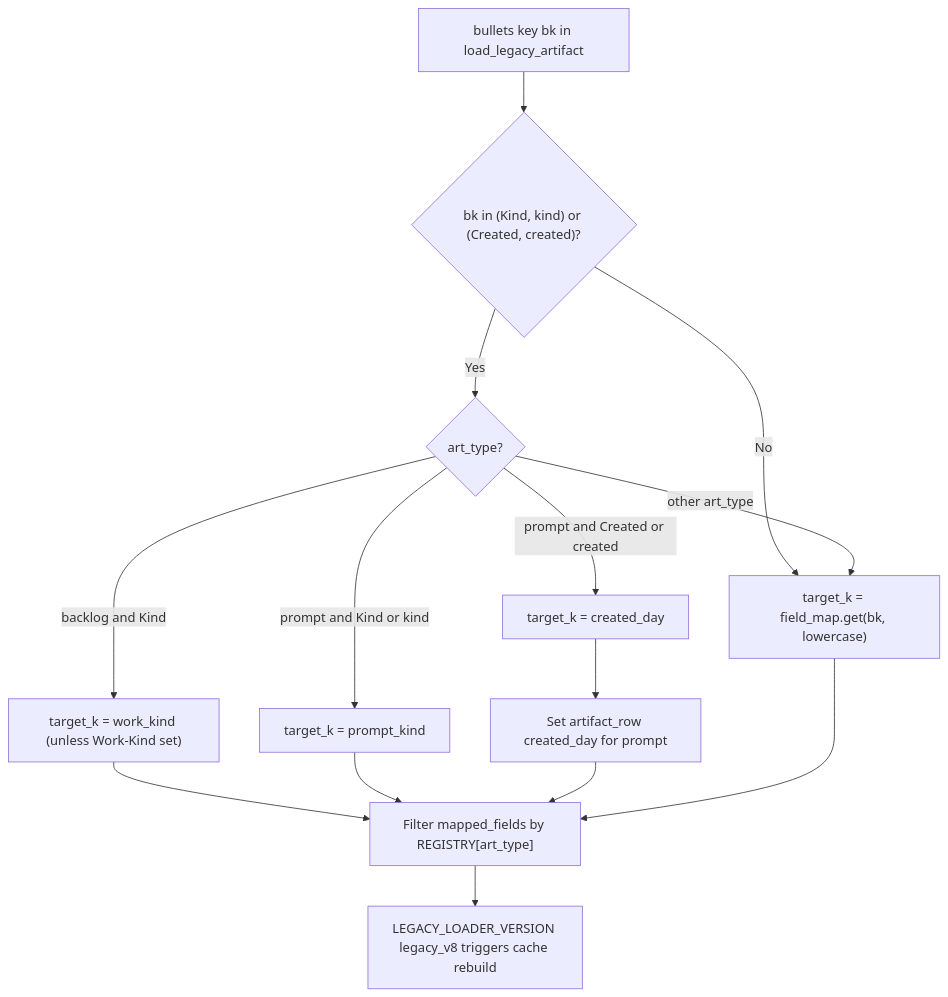
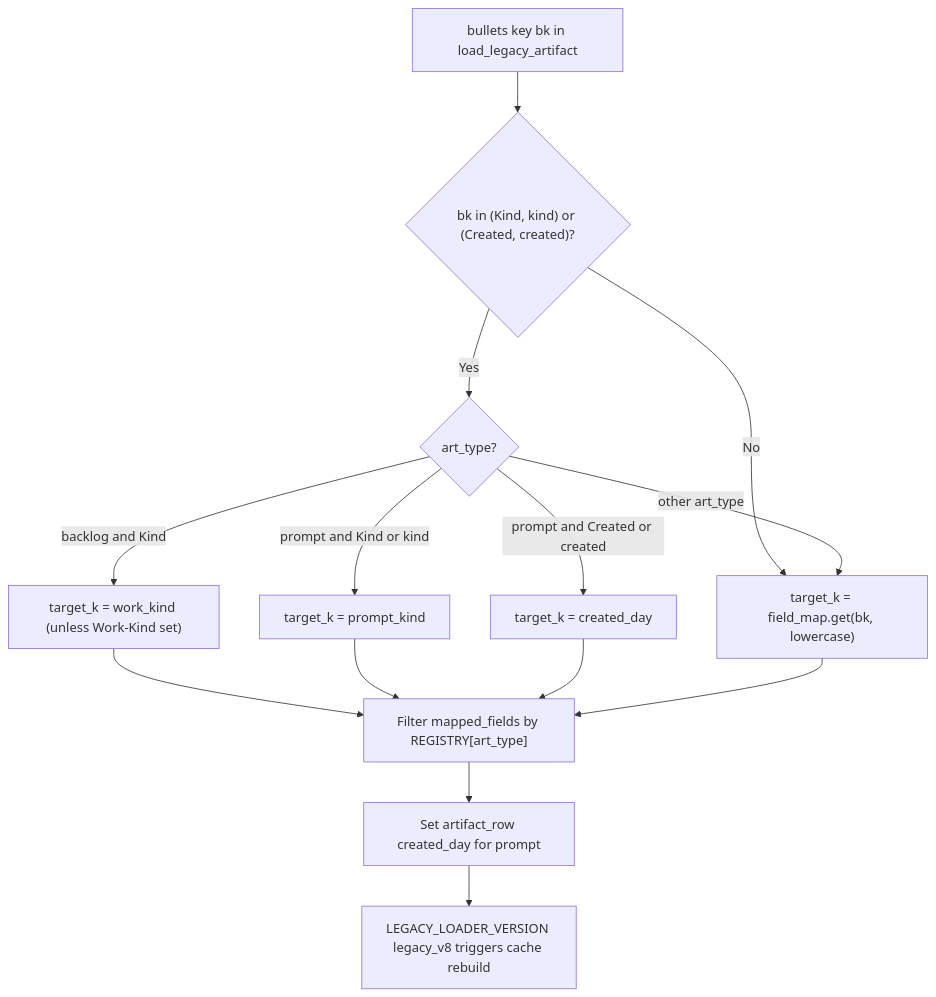
Before and after one commit to fariello/agent-workflows: the diagram in .aw/records/plans/pending/20261119-xxdzcq-01-acqenf-preserve-prompt-kind-and-created-day-in-artifact-meta-load-l.ipd.md, drawn with Mermaid. The commit also changed other lines of this file, not shown here.

Commit message:
plans(xxdzcq): verify and refine review-ready plan acqenf for backlog xxdzcq
AW-Run: run-20261119T154308Z-4175911
AW-Item: xxdzcq
AW-Runner: aw agy run

````diff
--- a/.aw/records/plans/pending/20261119-xxdzcq-01-acqenf-preserve-prompt-kind-and-created-day-in-artifact-meta-load-l.ipd.md
+++ b/.aw/records/plans/pending/20261119-xxdzcq-01-acqenf-preserve-prompt-kind-and-created-day-in-artifact-meta-load-l.ipd.md
@@ -91,16 +91,16 @@
 ```mermaid
 flowchart TD
     A["bullets key bk in load_legacy_artifact"] --> B{"bk in (Kind, kind) or (Created, created)?"}
     B -->|No| C["target_k = field_map.get(bk, lowercase)"]
     B -->|Yes| D{"art_type?"}
     D -->|backlog and Kind| E["target_k = work_kind (unless Work-Kind set)"]
     D -->|prompt and Kind or kind| F["target_k = prompt_kind"]
     D -->|prompt and Created or created| G["target_k = created_day"]
     D -->|other art_type| C
     E --> H["Filter mapped_fields by REGISTRY[art_type]"]
     F --> H
-    G --> I["Set artifact_row created_day for prompt"]
-    I --> H
+    G --> H
     C --> H
-    H --> J["LEGACY_LOADER_VERSION legacy_v8 triggers cache rebuild"]
+    H --> I["Set artifact_row created_day for prompt"]
+    I --> J["LEGACY_LOADER_VERSION legacy_v8 triggers cache rebuild"]
 ```
````
